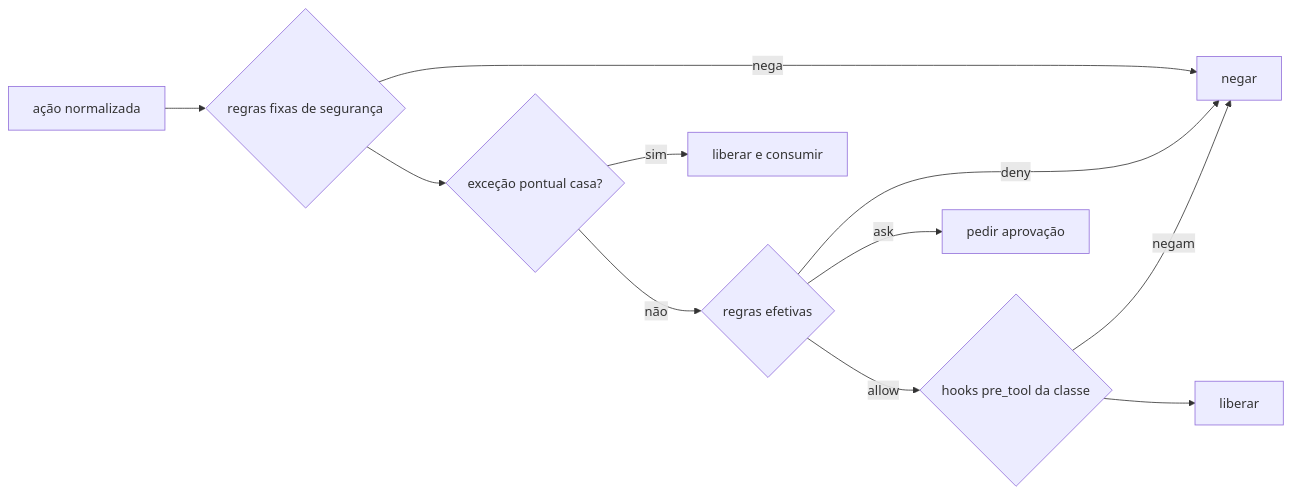
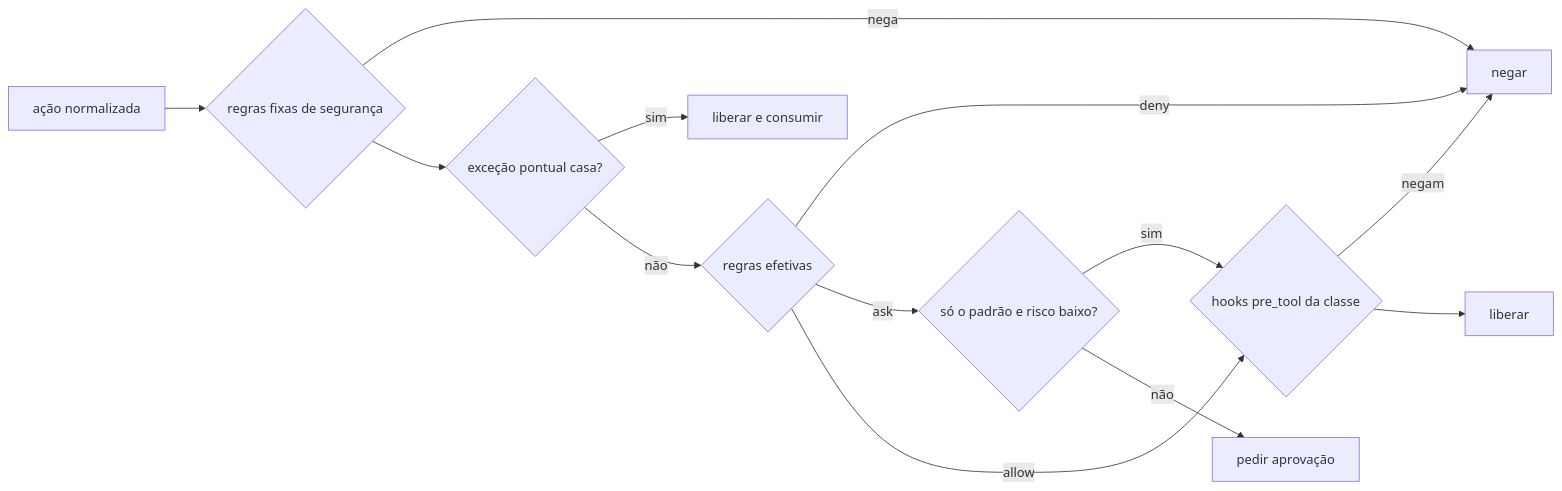
Before and after one commit to lucasndas/mestre: the diagram in docs/classes/permissoes.md, drawn with Mermaid. The commit also changed other lines of this file and 41 other files, not shown here.

````diff
--- a/docs/classes/permissoes.md
+++ b/docs/classes/permissoes.md
@@ -64,13 +64,15 @@
 ```mermaid
 flowchart LR
   A[ação normalizada] --> F{regras fixas de segurança}
   F -- nega --> N[negar]
   F --> E{exceção pontual casa?}
   E -- sim --> L[liberar e consumir]
   E -- não --> R{regras efetivas}
   R -- deny --> N
-  R -- ask --> P[pedir aprovação]
+  R -- ask --> B{só o padrão e risco baixo?}
+  B -- sim --> H
+  B -- não --> P[pedir aprovação]
   R -- allow --> H{hooks pre_tool da classe}
   H -- negam --> N
   H --> L2[liberar]
 ```
````
